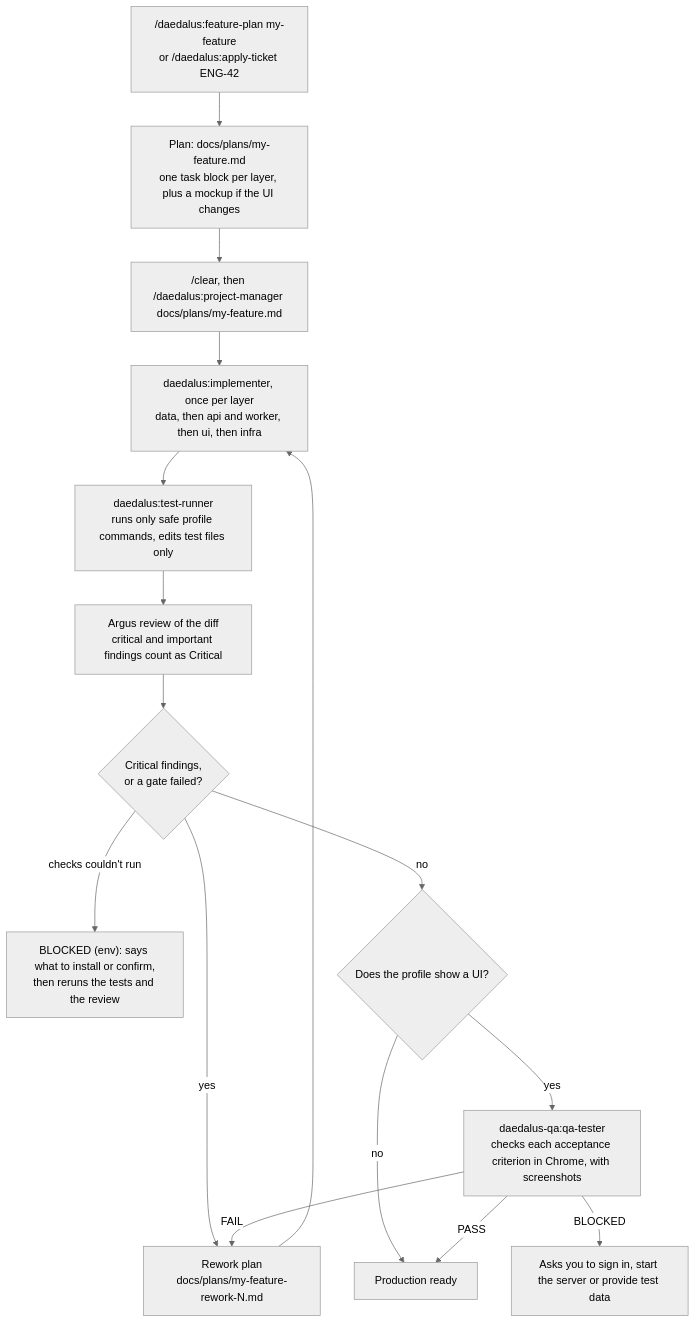
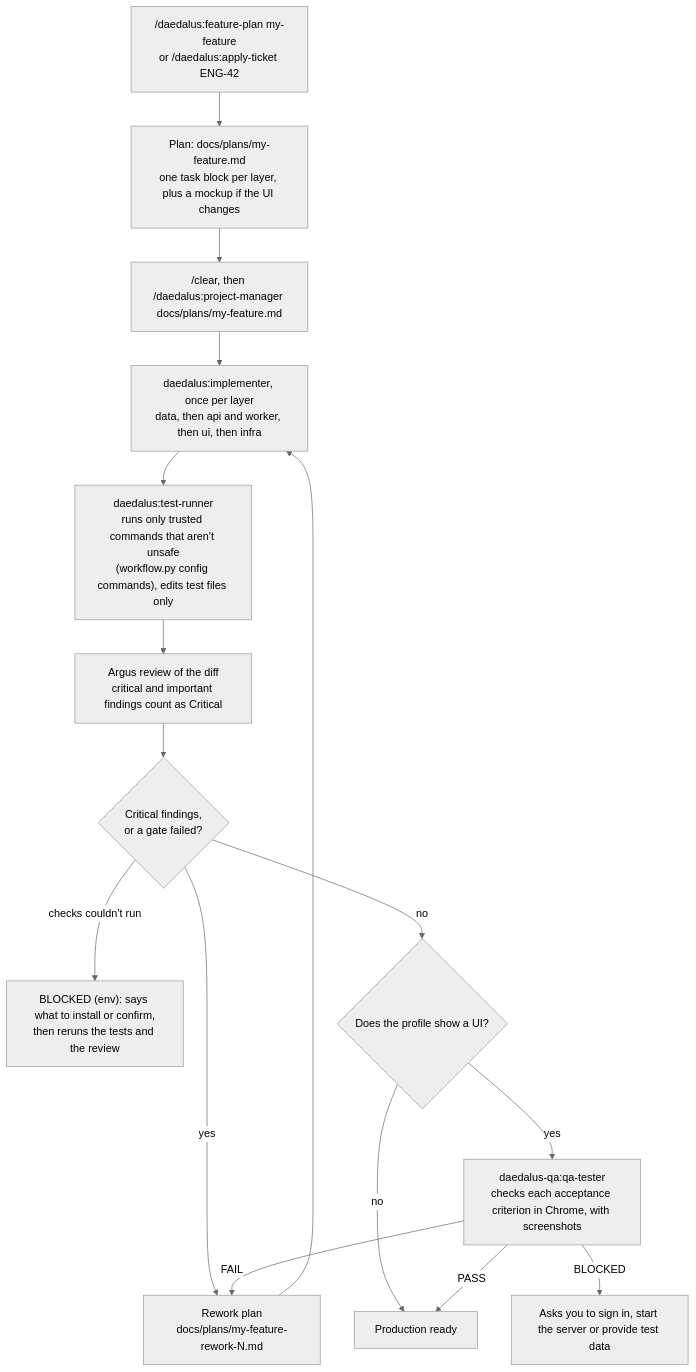
Before and after one commit to iamjcabalejo/daedalus: the first of 2 diagrams in README.md, drawn with Mermaid (neutral theme). The commit also changed other lines of this file and 219 other files, not shown here.

````diff
--- a/README.md
+++ b/README.md
@@ -119,18 +174,18 @@
 ```mermaid
 flowchart TD
     P["/daedalus:feature-plan my-feature<br/>or /daedalus:apply-ticket ENG-42"] --> PL["Plan: docs/plans/my-feature.md<br/>one task block per layer, plus a mockup if the UI changes"]
     PL --> PM["/clear, then /daedalus:project-manager docs/plans/my-feature.md"]
     PM --> IM["daedalus:implementer, once per layer<br/>data, then api and worker, then ui, then infra"]
-    IM --> TR["daedalus:test-runner<br/>runs only safe profile commands, edits test files only"]
+    IM --> TR["daedalus:test-runner<br/>runs only trusted commands that aren't unsafe<br/>(workflow.py config commands), edits test files only"]
     TR --> AR["Argus review of the diff<br/>critical and important findings count as Critical"]
     AR --> GA{"Critical findings,<br/>or a gate failed?"}
     GA -->|yes| RW["Rework plan<br/>docs/plans/my-feature-rework-N.md"]
     RW --> IM
     GA -->|"checks couldn't run"| BL["BLOCKED (env): says what to install or confirm,<br/>then reruns the tests and the review"]
     GA -->|no| UI{"Does the profile show a UI?"}
     UI -->|no| OK["Production ready"]
     UI -->|yes| QA["daedalus-qa:qa-tester<br/>checks each acceptance criterion in Chrome, with screenshots"]
     QA -->|FAIL| RW
     QA -->|BLOCKED| BQ["Asks you to sign in, start the server or provide test data"]
     QA -->|PASS| OK
 ```
````
